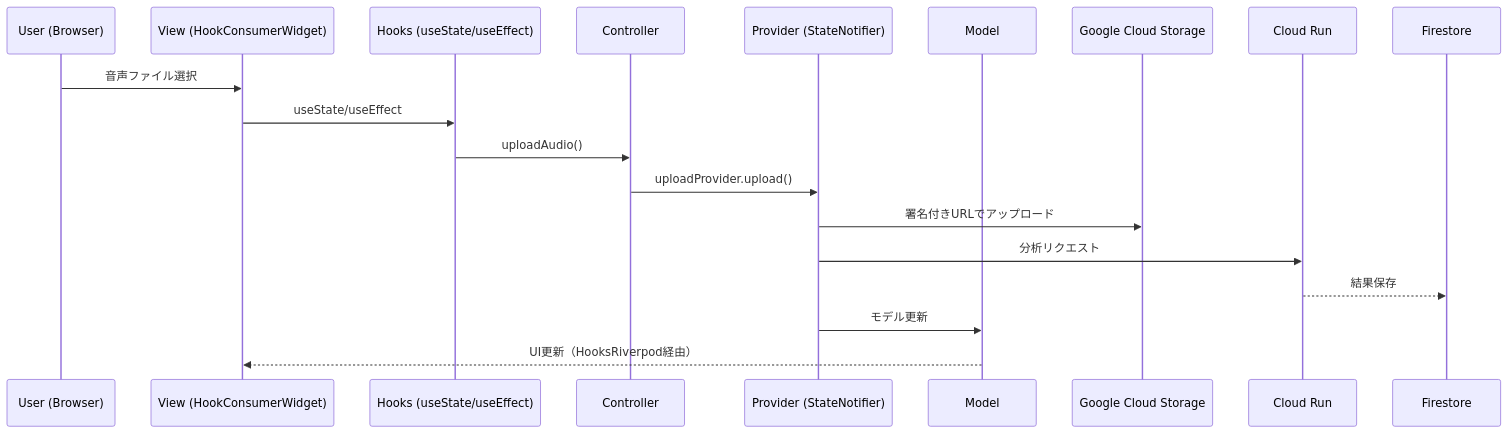
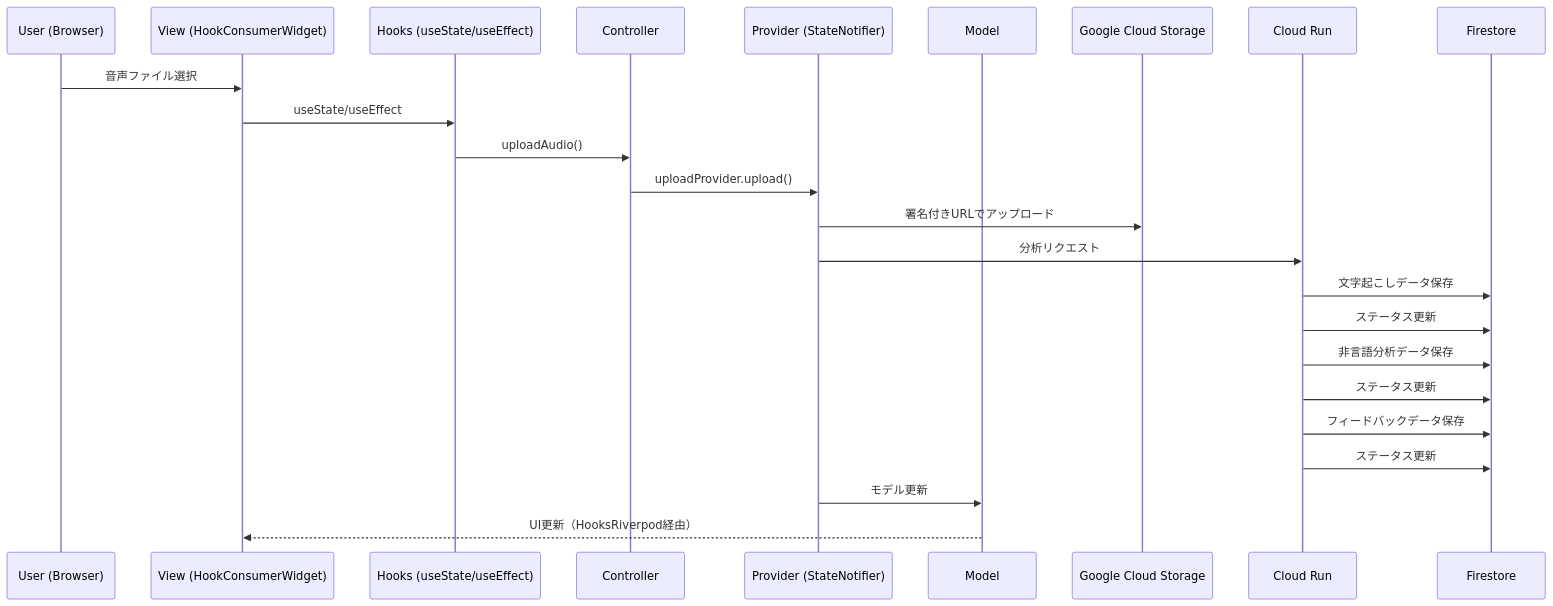
One commit to GrassVenture/date-feed-back changed the first of 2 diagrams in context/mvp/design-doc.md. Above: the diagram before and after it, drawn with Mermaid. The commit also changed other lines of this file and 3 other files, not shown here.

````diff
--- a/context/mvp/design-doc.md
+++ b/context/mvp/design-doc.md
@@ -137,22 +150,27 @@
    ```mermaid
    sequenceDiagram
        participant U as User (Browser)
        participant V as View (HookConsumerWidget)
        participant H as Hooks (useState/useEffect)
        participant C as Controller
        participant P as Provider (StateNotifier)
        participant M as Model
        participant GCS as Google Cloud Storage
        participant CR as Cloud Run
        participant FS as Firestore
 
        U->>V: 音声ファイル選択
        V->>H: useState/useEffect
        H->>C: uploadAudio()
        C->>P: uploadProvider.upload()
        P->>GCS: 署名付きURLでアップロード
        P->>CR: 分析リクエスト
-       CR-->>FS: 結果保存
+       CR->>FS: 文字起こしデータ保存
+       CR->>FS: ステータス更新
+       CR->>FS: 非言語分析データ保存
+       CR->>FS: ステータス更新
+       CR->>FS: フィードバックデータ保存
+       CR->>FS: ステータス更新
        P->>M: モデル更新
        M-->>V: UI更新（HooksRiverpod経由）
    ```
````
